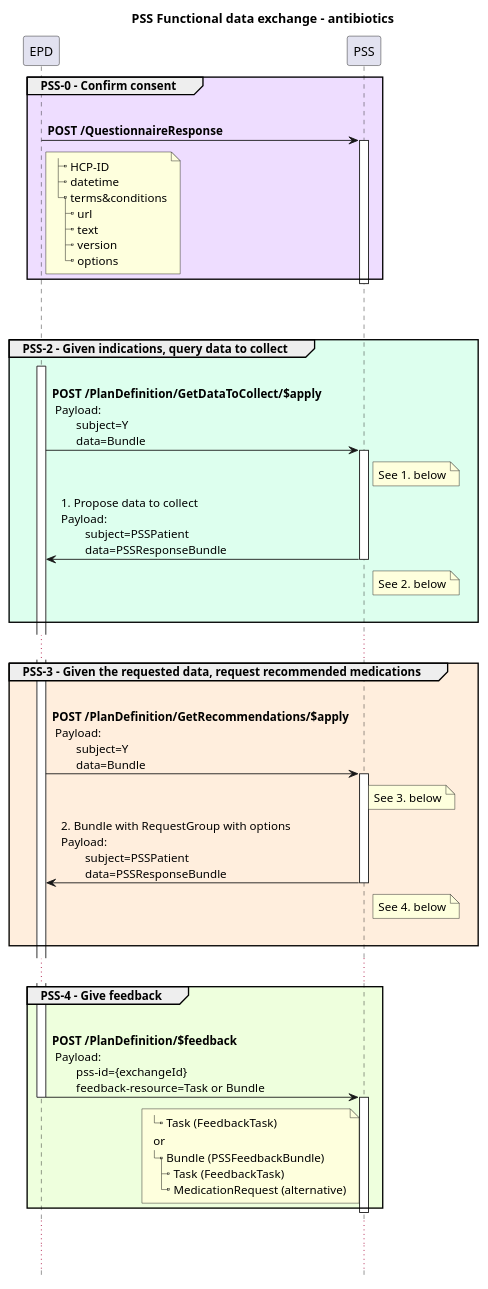
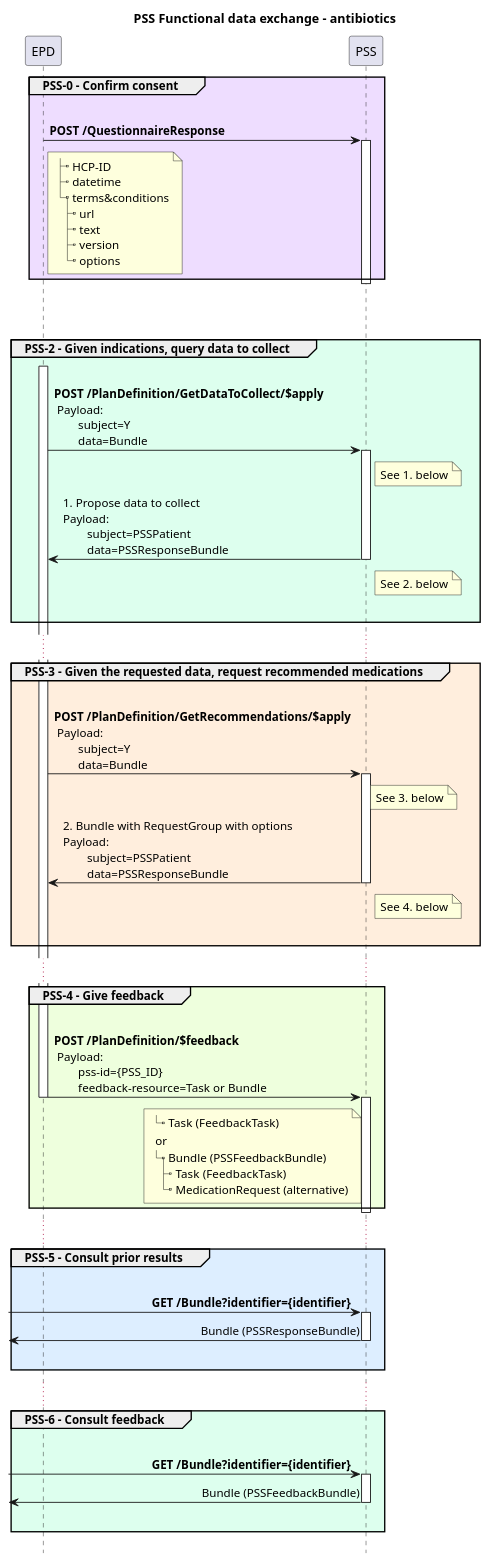
The diagram in input/images-source/pss-flow-antimicrobiology.plantuml (hl7-be/pss), drawn with PlantUML before and after one commit. The commit also changed 2 other files, not shown here.

Commit message:
cleanup diagrams
#139

```diff
--- a/input/images-source/pss-flow-antimicrobiology.plantuml
+++ b/input/images-source/pss-flow-antimicrobiology.plantuml
@@ -1,95 +1,104 @@
 @startuml
 !pragma teoz true
 Title PSS Functional data exchange - antibiotics
 hide footbox
 
 
 
 group #edf PSS-0 - Confirm consent
         EPD -> PSS : \n**POST /QuestionnaireResponse**
         activate PSS
         note right of EPD
 |_ HCP-ID
 |_ datetime
 |_ terms&conditions
   |_ url
   |_ text
   |_ version
   |_ options
         end note
         deactivate EPD
         deactivate PSS
 end
 |||
 |||
 
 group #dfe PSS-2 - Given indications, query data to collect
         Activate EPD
         EPD -> PSS : \n**POST /PlanDefinition/GetDataToCollect/$apply**\n Payload:\n        subject=Y\n        data=Bundle
         Activate PSS
         note right of PSS
 See 1. below
         end note
 
         PSS -> EPD: 1. Propose data to collect\nPayload:\n        subject=PSSPatient\n        data=PSSResponseBundle
         note right of PSS
 See 2. below
         end note
         deactivate PSS
         |||
 '        Deactivate EPD
 end
 ...
 group #fed PSS-3 - Given the requested data, request recommended medications
         EPD -> PSS : \n**POST /PlanDefinition/GetRecommendations/$apply**\n Payload:\n        subject=Y\n        data=Bundle
 '        activate EPD
         note right of PSS
 See 3. below
         end note
         activate PSS
         PSS -> EPD: 2. Bundle with RequestGroup with options\nPayload:\n        subject=PSSPatient\n        data=PSSResponseBundle
         note right of PSS
 See 4. below
         end note
         deactivate PSS
         |||
 '        Deactivate EPD
 
 end
 ...
 group #efd PSS-4 - Give feedback
-        EPD -> PSS : \n**POST /PlanDefinition/$feedback**\n Payload:\n        pss-id={exchangeId}\n        feedback-resource=Task or Bundle
+        EPD -> PSS : \n**POST /PlanDefinition/$feedback**\n Payload:\n        pss-id={PSS_ID}\n        feedback-resource=Task or Bundle
 '        activate EPD
         note left of PSS
 |_ Task (FeedbackTask)
   or
 |_ Bundle (PSSFeedbackBundle)
   |_ Task (FeedbackTask)
   |_ MedicationRequest (alternative)
         end note
         deactivate EPD
         activate PSS
         deactivate PSS
 end
 ...
 
-' ...
-' group #fde PSS-5 - Consult prior result
-' EPD -> PSS : \n**GET /Bundle/{PSS-ID}&_tag=recommendation**
-' '        activate EPD
-' end
+
+group #def PSS-5 - Consult prior results
+'        ADM -> PSS : \n**GET /Bundle?identifier={PSS-ID}**\n**&_profile=.../PSSFeedbackBundle**
+         -> PSS : \n**GET /Bundle?identifier={identifier}**
+        activate PSS
+        <- PSS   : Bundle (PSSResponseBundle)
+'        & PSS -[hidden]-> QSI : "                                      "
+        deactivate PSS
+        |||
+
+'        activate EPD
+end
 
 ...
 
-' group #dfe PSS-6 - Consult feedback
-' '        ADM -> PSS : \n**GET /Bundle?identifier={PSS-ID}**\n**&_profile=.../PSSFeedbackBundle**
-'          -> PSS : \n**GET /Bundle?identifier={PSS-ID}&_tag=feedback**
-'         activate PSS
-'         <- PSS   : Bundle (PSSFeedbackBundle)
-'         deactivate PSS
-' '        activate EPD
-' end
+group #dfe PSS-6 - Consult feedback
+'        ADM -> PSS : \n**GET /Bundle?identifier={PSS-ID}**\n**&_profile=.../PSSFeedbackBundle**
+         -> PSS : \n**GET /Bundle?identifier={identifier}**
+        activate PSS
+        <- PSS   : Bundle (PSSFeedbackBundle)
+'        & PSS -[hidden]-> QSI : "                                      "
+        deactivate PSS
+        |||
 
+'        activate EPD
+end
 
 
 @enduml
```
